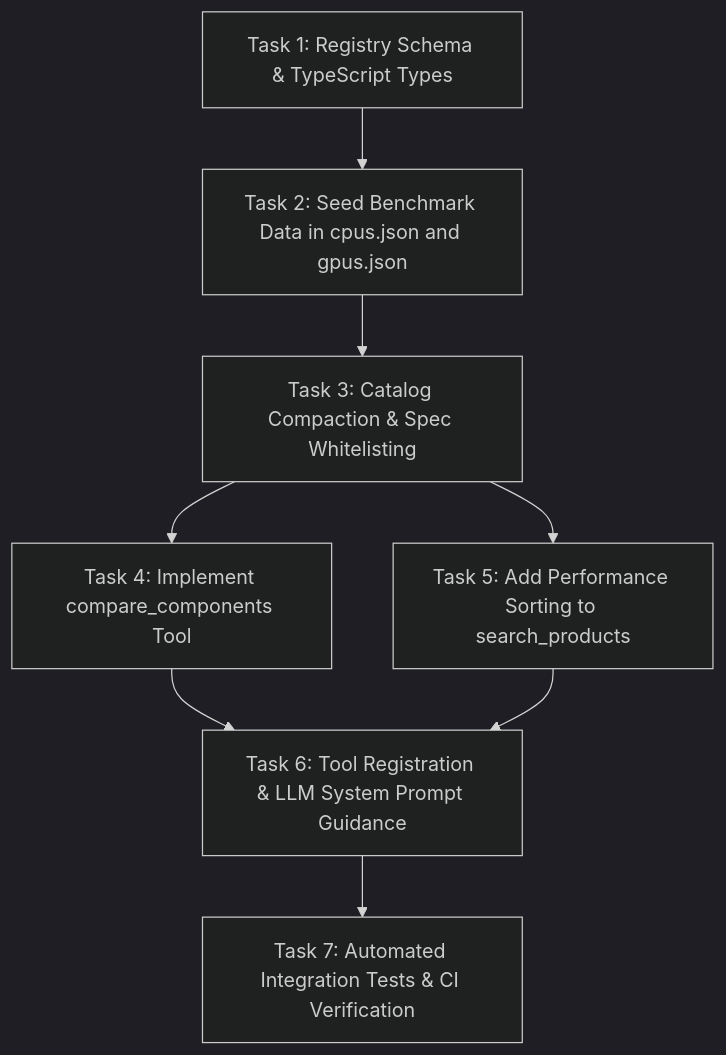
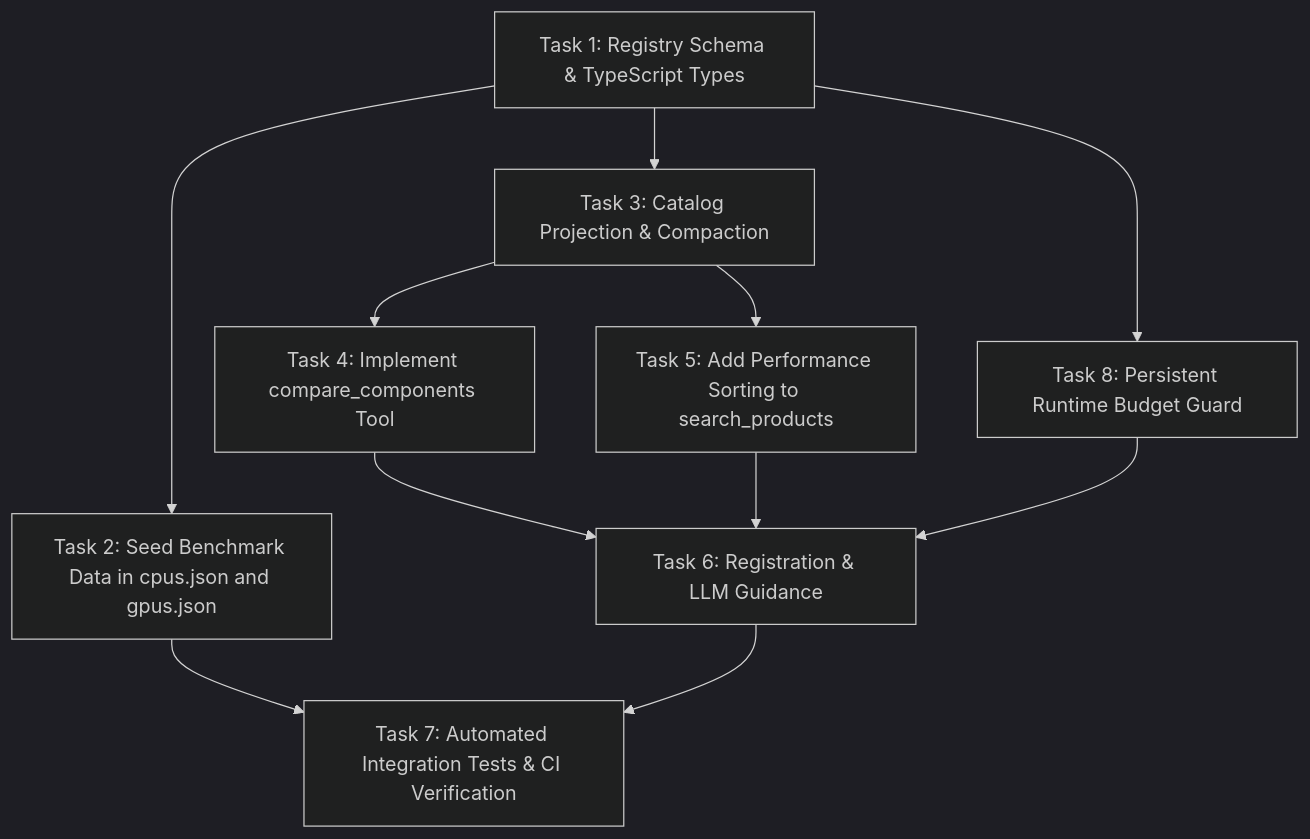
The diagram in docs/benchmark-and-performance-ranks-plan.md (ManishModak/pcbuildsage), drawn with Mermaid (dark theme) before and after one commit. The commit also changed other lines of this file, not shown here.

````diff
--- a/docs/benchmark-and-performance-ranks-plan.md
+++ b/docs/benchmark-and-performance-ranks-plan.md
@@ -250,10 +258,13 @@
 ```mermaid
 graph TD
     T1[Task 1: Registry Schema & TypeScript Types] --> T2[Task 2: Seed Benchmark Data in cpus.json and gpus.json]
-    T2 --> T3[Task 3: Catalog Compaction & Spec Whitelisting]
+    T1 --> T3[Task 3: Catalog Projection & Compaction]
     T3 --> T4[Task 4: Implement compare_components Tool]
     T3 --> T5[Task 5: Add Performance Sorting to search_products]
-    T4 --> T6[Task 6: Tool Registration & LLM System Prompt Guidance]
+    T1 --> T8[Task 8: Persistent Runtime Budget Guard]
+    T4 --> T6[Task 6: Registration & LLM Guidance]
+    T8 --> T6
+    T2 --> T7
     T5 --> T6
     T6 --> T7[Task 7: Automated Integration Tests & CI Verification]
 ```
````
